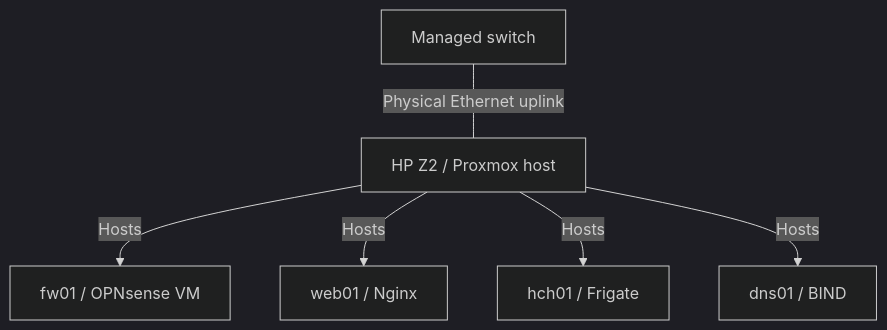
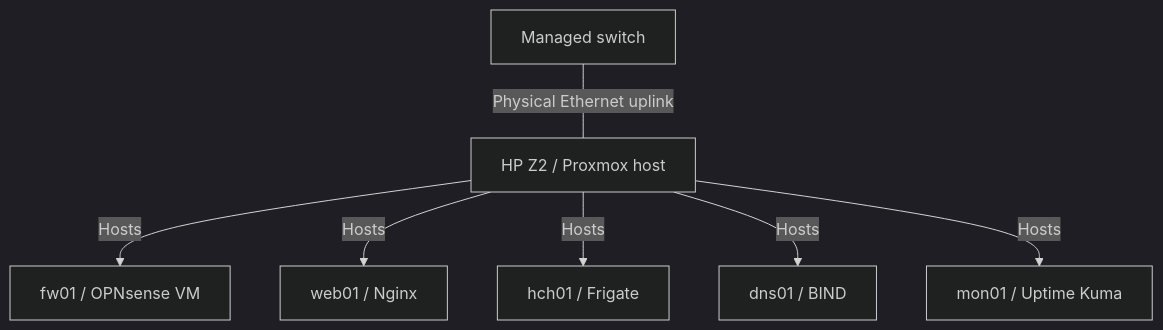
Before and after one commit to repo-sudo/infrastructure-portfolio: the second of 2 diagrams in docs/network-topology.md, drawn with Mermaid (dark theme). The commit also changed other lines of this file, not shown here.

````diff
--- a/docs/network-topology.md
+++ b/docs/network-topology.md
@@ -23,8 +23,9 @@
 ```mermaid
 flowchart TB
     switch["Managed switch"] ---|Physical Ethernet uplink| host["HP Z2 / Proxmox host"]
     host -->|Hosts| firewall["fw01 / OPNsense VM"]
     host -->|Hosts| web["web01 / Nginx"]
     host -->|Hosts| control["hch01 / Frigate"]
     host -->|Hosts| dns["dns01 / BIND"]
+    host -->|Hosts| monitor["mon01 / Uptime Kuma"]
 ```
````
